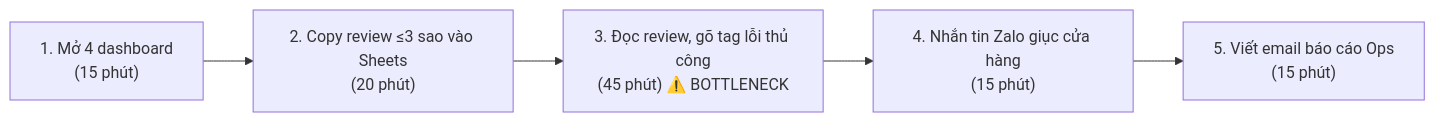
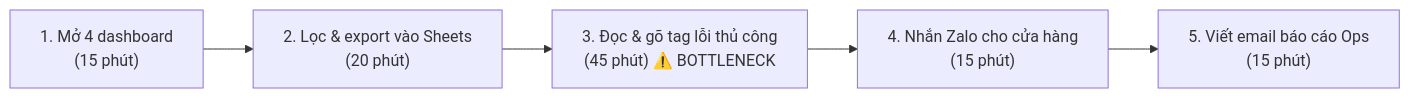
One commit to itsbra1vo/K5-L3B-Day02-E305t108-DiscoveryProblemFraming changed the first of 3 diagrams in report/individual/2A202603941_LeQuyToan.md. Above: the diagram before and after it, drawn with Mermaid. The commit also changed other lines of this file and 4 other files, not shown here.

Commit message:
Update CP1-CP2 report with AI eval metrics, confidence routing, and workflow diagram assets

````diff
--- a/report/individual/2A202603941_LeQuyToan.md
+++ b/report/individual/2A202603941_LeQuyToan.md
@@ -76,7 +85,7 @@
 ```mermaid
 flowchart LR
-    A["1. Mở 4 dashboard<br/>(15 phút)"] --> B["2. Copy review ≤3 sao vào Sheets<br/>(20 phút)"]
-    B --> C["3. Đọc review, gõ tag lỗi thủ công<br/>(45 phút) ⚠️ BOTTLENECK"]
-    C --> D["4. Nhắn tin Zalo giục cửa hàng<br/>(15 phút)"]
+    A["1. Mở 4 dashboard<br/>(15 phút)"] --> B["2. Lọc & export vào Sheets<br/>(20 phút)"]
+    B --> C["3. Đọc & gõ tag lỗi thủ công<br/>(45 phút) ⚠️ BOTTLENECK"]
+    C --> D["4. Nhắn Zalo cho cửa hàng<br/>(15 phút)"]
     D --> E["5. Viết email báo cáo Ops<br/>(15 phút)"]
 ```
````
